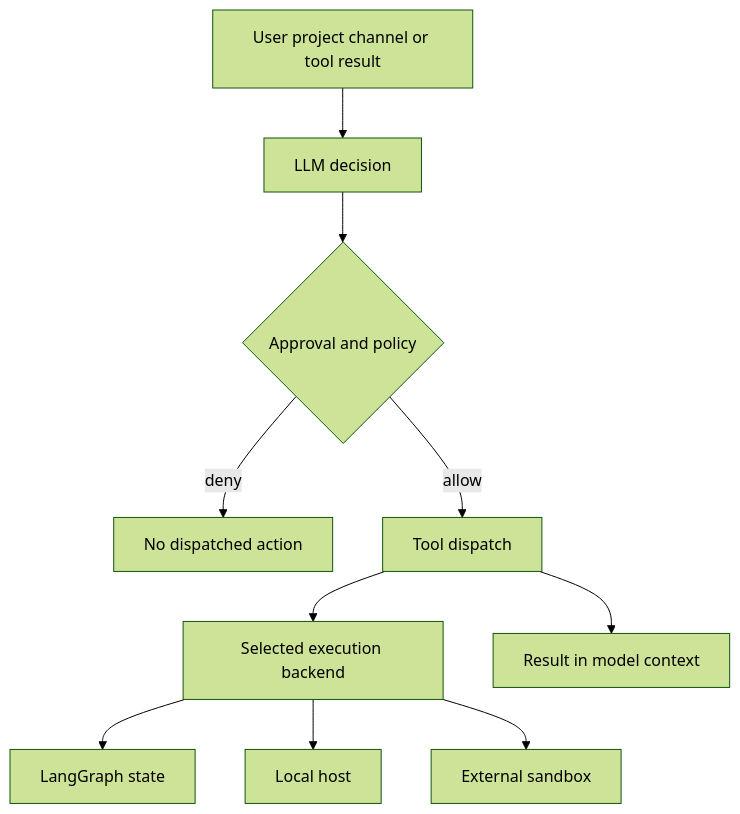
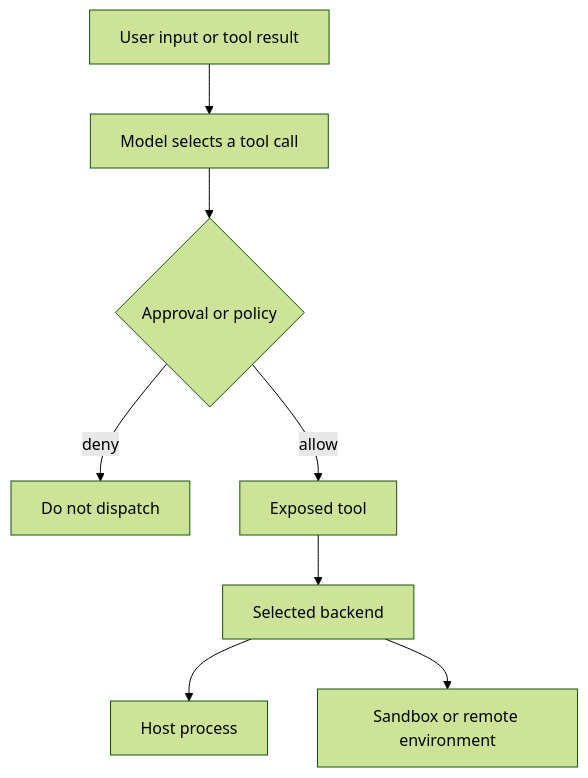
One commit to langchain-ai/deepagents changed the diagram in openwiki/operations/security.md. Above: the diagram before and after it, drawn with Mermaid (forest theme). The commit also changed other lines of this file and 63 other files, not shown here.

````diff
--- a/openwiki/operations/security.md
+++ b/openwiki/operations/security.md
@@ -39,12 +49,10 @@
 ```mermaid
 flowchart TD
-    Input["User project channel or tool result"] --> Model["LLM decision"]
-    Model --> Gate{"Approval and policy"}
-    Gate -->|deny| Stop["No dispatched action"]
-    Gate -->|allow| Tool["Tool dispatch"]
-    Tool --> Backend["Selected execution backend"]
-    Backend --> State["LangGraph state"]
-    Backend --> Host["Local host"]
-    Backend --> External["External sandbox"]
-    Tool --> Context["Result in model context"]
+    Input["User input or tool result"] --> Model["Model selects a tool call"]
+    Model --> Gate{"Approval or policy"}
+    Gate -->|deny| Stop["Do not dispatch"]
+    Gate -->|allow| Tool["Exposed tool"]
+    Tool --> Backend["Selected backend"]
+    Backend --> Host["Host process"]
+    Backend --> Sandbox["Sandbox or remote environment"]
 ```
````
